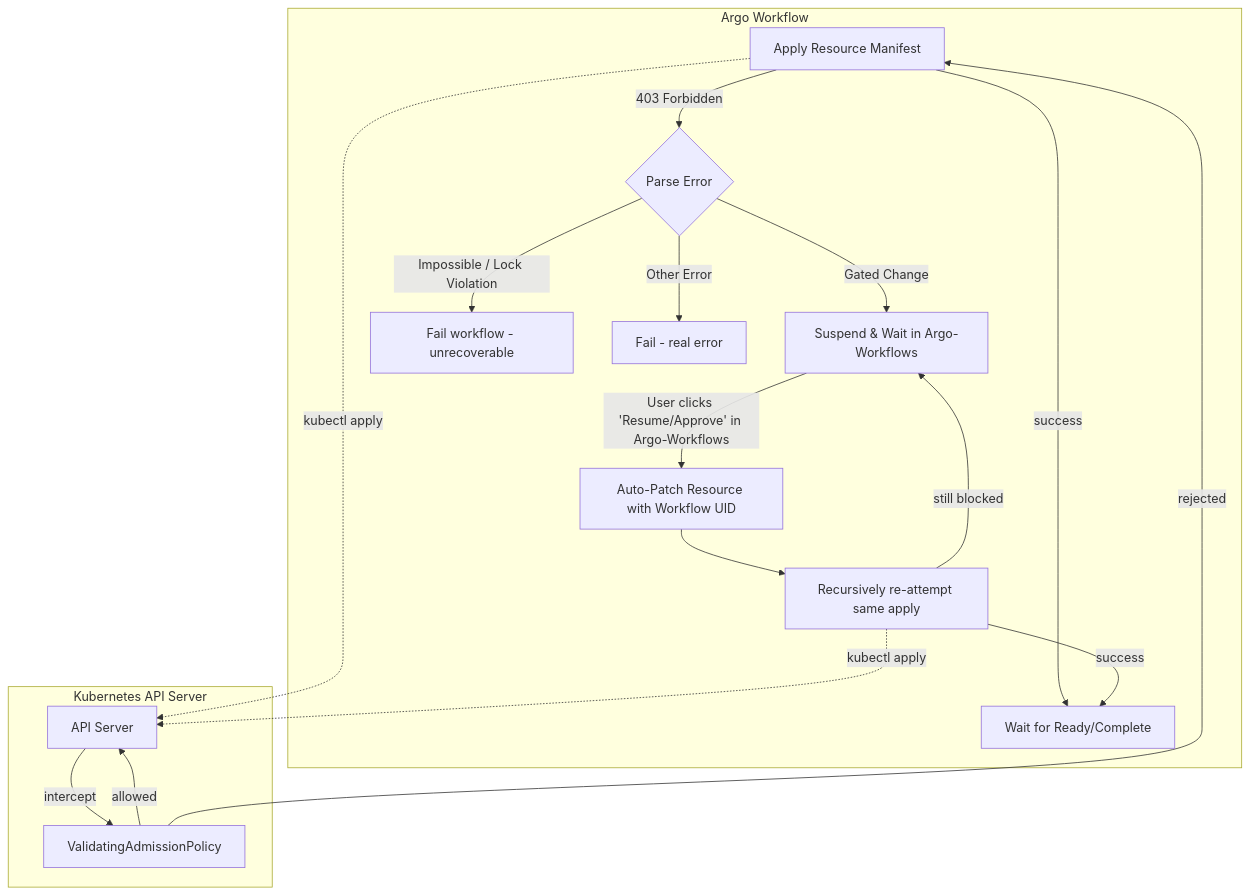
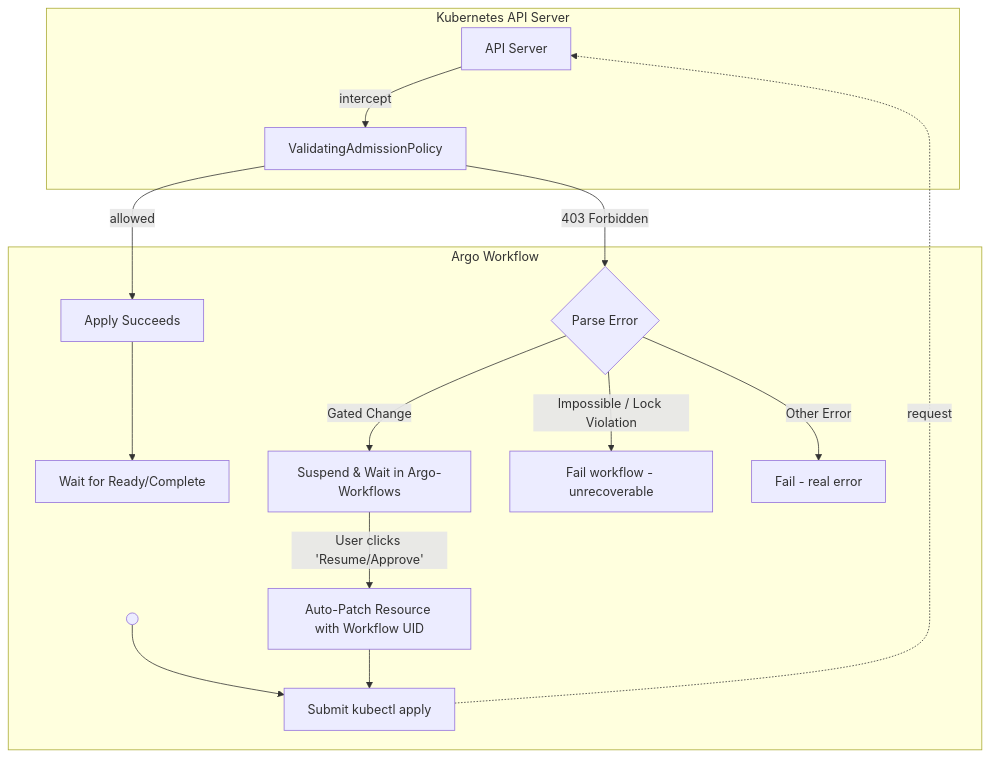
One commit to opensearch-project/opensearch-migrations changed the diagram in docs/reconfiguringWorkflowsNew.md. Above: the diagram before and after it, drawn with Mermaid. The commit also changed other lines of this file and 1 other file, not shown here.

Commit message:
documentation update - mostly for the new VAP proxy design doc

````diff
--- a/docs/reconfiguringWorkflowsNew.md
+++ b/docs/reconfiguringWorkflowsNew.md
@@ -31,27 +31,22 @@
 ```mermaid
 flowchart TB
+    subgraph K8s["Kubernetes API Server"]
+        API[API Server]
+        VAP[ValidatingAdmissionPolicy]
+        API -->|intercept| VAP
+    end
+
     subgraph Workflow["Argo Workflow"]
-        A[Apply Resource Manifest] -->|success| B[Wait for Ready/Complete]
-        A -->|403 Forbidden| C{Parse Error}
+        Start(( )) --> A
+        A[Submit kubectl apply] -.->|request| API
+        VAP -->|allowed| R[Apply Succeeds]
+        VAP -->|"403 Forbidden"| C{Parse Error}
+        R --> B[Wait for Ready/Complete]
         C -->|"Gated Change"| D[Suspend & Wait in Argo-Workflows]
         C -->|"Impossible / Lock Violation"| E[Fail workflow - unrecoverable]
         C -->|"Other Error"| F[Fail - real error]
         
-        D -->|"User clicks 'Resume/Approve' in Argo-Workflows"| G[Auto-Patch Resource with Workflow UID]
-        G --> H[Recursively re-attempt same apply]
-        H -->|success| B
-        H -->|still blocked| D
+        D -->|"User clicks 'Resume/Approve'"| G[Auto-Patch Resource with Workflow UID]
+        G --> A
     end
-
-    subgraph K8s["Kubernetes API Server"]
-        VAP[ValidatingAdmissionPolicy]
-        API[API Server]
-    end
-
-    A -.->|kubectl apply| API
-    H -.->|kubectl apply| API
-    API -->|intercept| VAP
-    VAP -->|allowed| API
-    VAP -->|rejected| A
-
 ```
````
